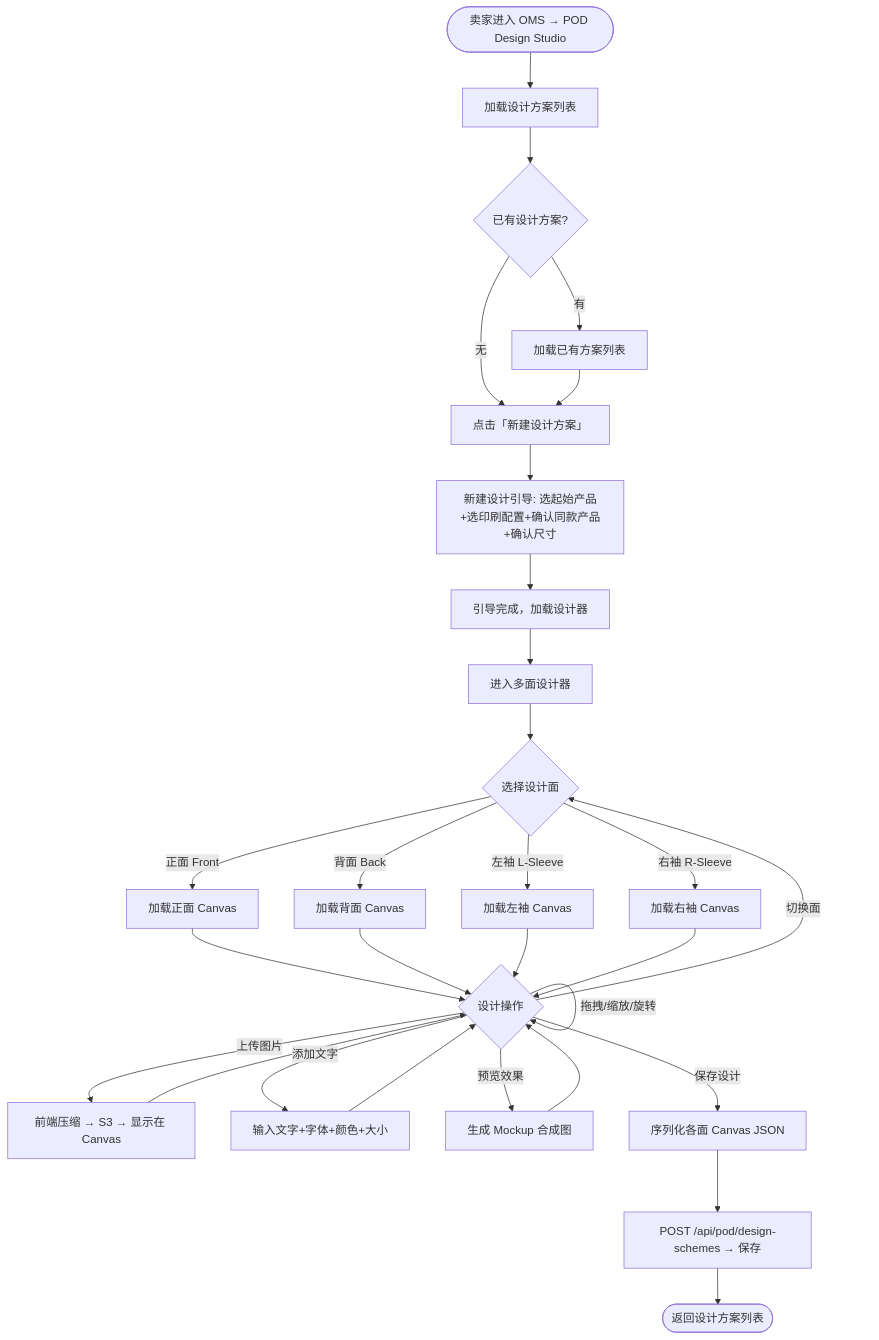
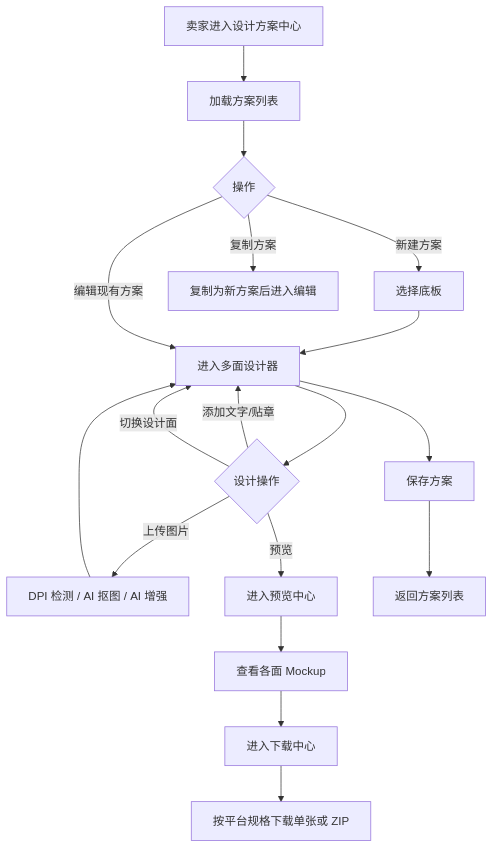
Before and after one commit to dennishe629-del/dennis_pm: the third of 9 diagrams in Dennis_PM/prds/pod-design-studio/5-PRD-20260324-v5-ShipSage-卖家设计器.md, drawn with Mermaid. The commit also changed other lines of this file and 27 other files, not shown here.

````diff
--- a/Dennis_PM/prds/pod-design-studio/5-PRD-20260324-v5-ShipSage-卖家设计器.md
+++ b/Dennis_PM/prds/pod-design-studio/5-PRD-20260324-v5-ShipSage-卖家设计器.md
@@ -410,31 +489,20 @@
 ```mermaid
 flowchart TD
-    A([卖家进入 OMS → POD Design Studio]) --> B[加载设计方案列表]
-    B --> C{已有设计方案?}
-    C -- 有 --> D[加载已有方案列表]
-    C -- 无 --> E[点击「新建设计方案」]
-    D --> E
-    E --> F[新建设计引导: 选起始产品+选印刷配置+确认同款产品+确认尺寸]
-    F --> G[引导完成，加载设计器]
-    G --> H[进入多面设计器]
-    H --> I{选择设计面}
-    I -- 正面 Front --> J[加载正面 Canvas]
-    I -- 背面 Back --> K[加载背面 Canvas]
-    I -- 左袖 L-Sleeve --> L[加载左袖 Canvas]
-    I -- 右袖 R-Sleeve --> M[加载右袖 Canvas]
-    J --> N{设计操作}
-    K --> N
-    L --> N
-    M --> N
-    N -- 上传图片 --> O[前端压缩 → S3 → 显示在 Canvas]
-    O --> N
-    N -- 添加文字 --> P[输入文字+字体+颜色+大小]
-    P --> N
-    N -- 拖拽/缩放/旋转 --> N
-    N -- 切换面 --> I
-    N -- 预览效果 --> Q[生成 Mockup 合成图]
-    Q --> N
-    N -- 保存设计 --> R[序列化各面 Canvas JSON]
-    R --> S[POST /api/pod/design-schemes → 保存]
-    S --> T([返回设计方案列表])
+    A["卖家进入设计方案中心"] --> B["加载方案列表"]
+    B --> C{"操作"}
+    C -- "新建方案" --> D["选择底板"]
+    D --> E["进入多面设计器"]
+    E --> F{"设计操作"}
+    F -- "上传图片" --> G["DPI 检测 / AI 抠图 / AI 增强"]
+    G --> E
+    F -- "添加文字/贴章" --> E
+    F -- "切换设计面" --> E
+    F -- "预览" --> H["进入预览中心"]
+    H --> I["查看各面 Mockup"]
+    I --> J["进入下载中心"]
+    J --> K["按平台规格下载单张或 ZIP"]
+    E --> L["保存方案"]
+    L --> M["返回方案列表"]
+    C -- "编辑现有方案" --> E
+    C -- "复制方案" --> N["复制为新方案后进入编辑"]
 ```
````
